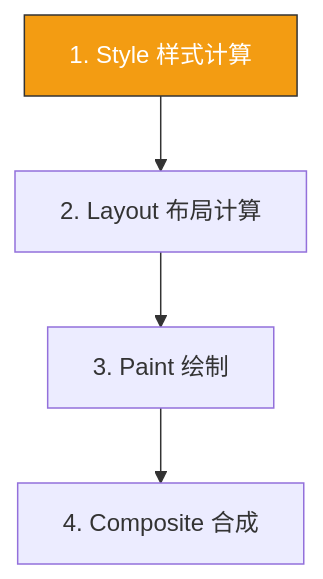
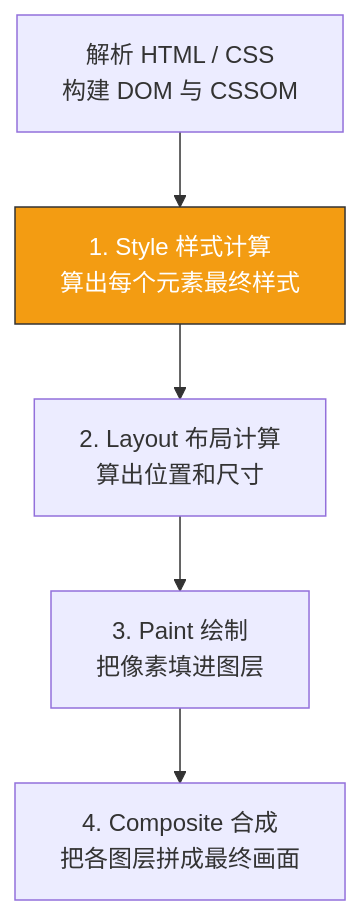
One commit to before80/prgms changed the diagram in content/CSS/basic/Chapter-34-Rendering-Performance.md. Above: the diagram before and after it, drawn with Mermaid. The commit also changed other lines of this file and 1645 other files, not shown here.

````diff
--- a/content/CSS/basic/Chapter-34-Rendering-Performance.md
+++ b/content/CSS/basic/Chapter-34-Rendering-Performance.md
@@ -25,8 +25,9 @@
 ```mermaid
 graph TD
-    A["1. Style 样式计算"] --> B["2. Layout 布局计算"]
-    B --> C["3. Paint 绘制"]
-    C --> D["4. Composite 合成"]
+    A["解析 HTML / CSS<br/>构建 DOM 与 CSSOM"] --> B["1. Style 样式计算<br/>算出每个元素最终样式"]
+    B --> C["2. Layout 布局计算<br/>算出位置和尺寸"]
+    C --> D["3. Paint 绘制<br/>把像素填进图层"]
+    D --> E["4. Composite 合成<br/>把各图层拼成最终画面"]
 
-    style A fill:#f39c12, stroke:#333, color:#fff
+    style B fill:#f39c12, stroke:#333, color:#fff
 ```
````
